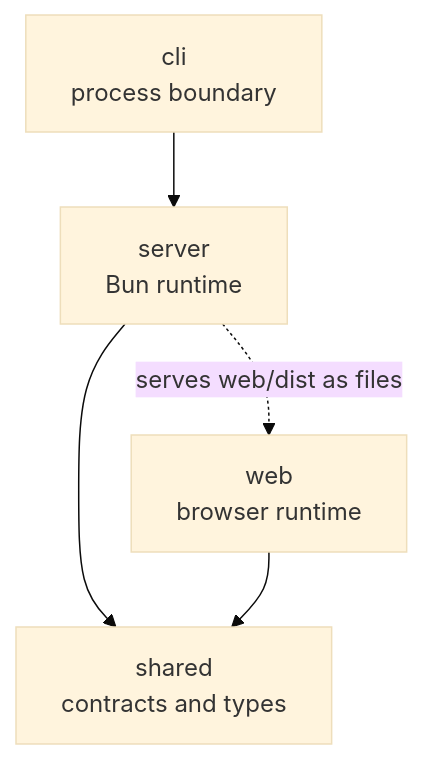
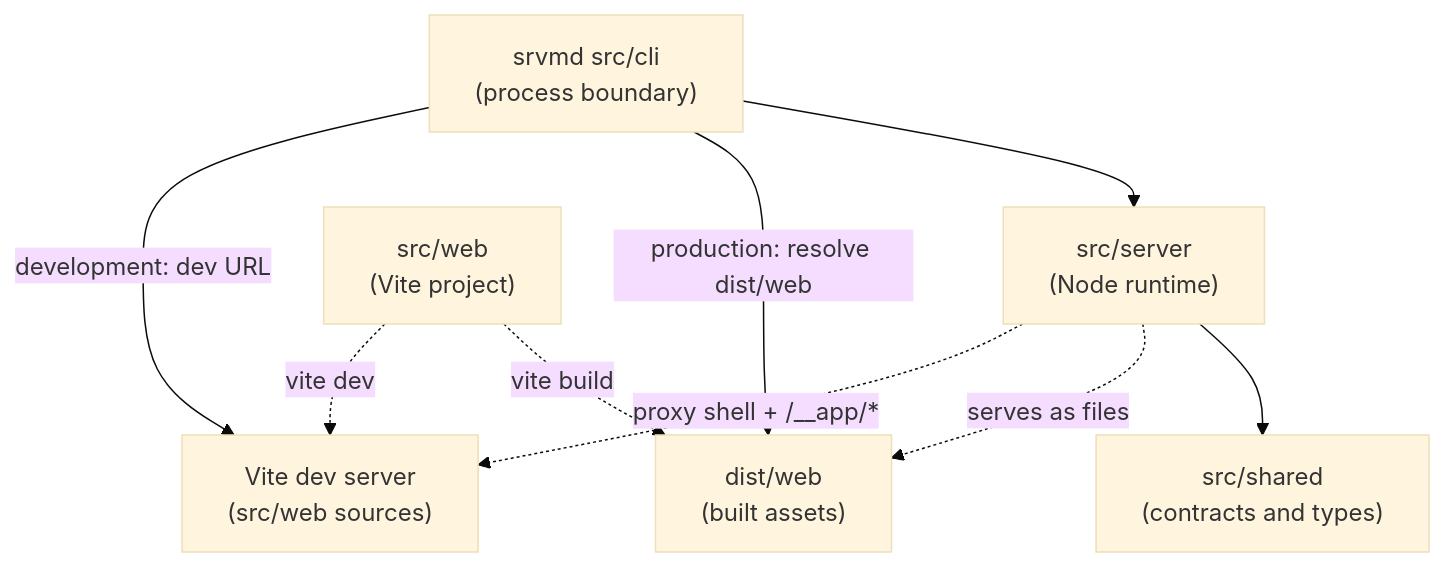
Before and after one commit to luohuidong/srvmd: the second of 4 diagrams in ARCHITECTURE.md, drawn with Mermaid (base theme). The commit also changed other lines of this file and 265 other files, not shown here.

First line of the commit message:
refactor!: rebuild on Node with per-runtime projects

````diff
--- a/ARCHITECTURE.md
+++ b/ARCHITECTURE.md
@@ -34,7 +35,11 @@
 ```mermaid
 flowchart TB
-  CLI[cli<br/>process boundary] --> SERVER[server<br/>Bun runtime]
-  SERVER --> SHARED[shared<br/>contracts and types]
-  WEB[web<br/>browser runtime] --> SHARED
-  SERVER -.->|serves web/dist as files| WEB
+  CLI["srvmd src/cli<br/>(process boundary)"] --> SERVER["src/server<br/>(Node runtime)"]
+  CLI -->|production: resolve dist/web| DIST["dist/web<br/>(built assets)"]
+  CLI -->|development: dev URL| VITE["Vite dev server<br/>(src/web sources)"]
+  SERVER --> SHARED["src/shared<br/>(contracts and types)"]
+  WEBAPP["src/web<br/>(Vite project)"] -.->|vite build| DIST
+  WEBAPP -.->|vite dev| VITE
+  SERVER -.->|serves as files| DIST
+  SERVER -.->|proxy shell + /__app/*| VITE
 ```
````
